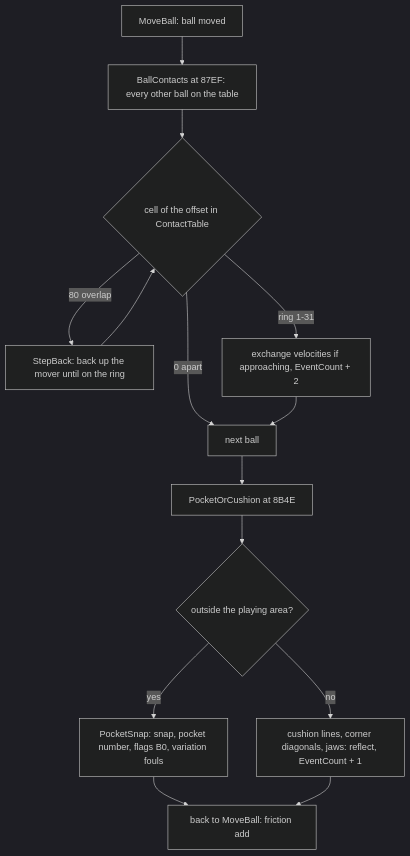
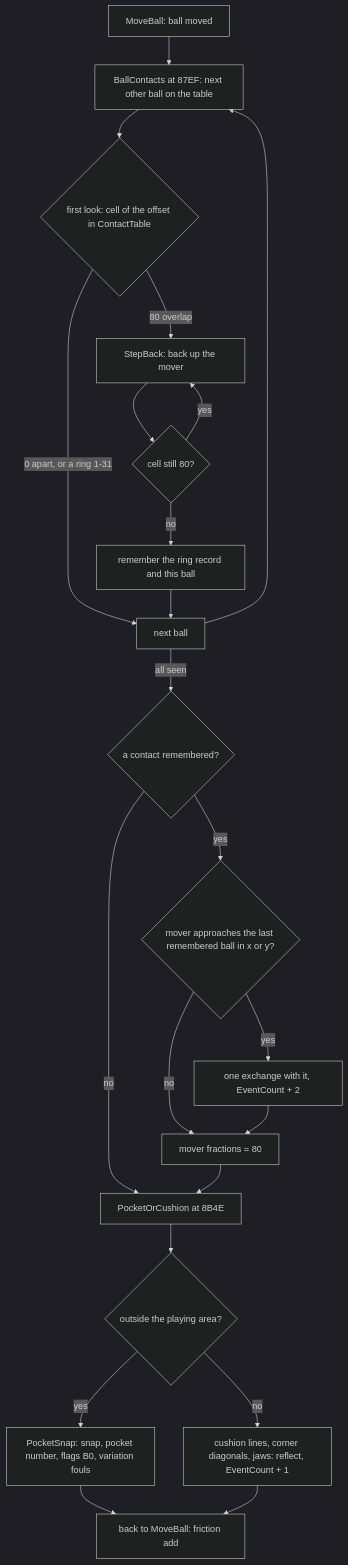
One commit to alfishe/unrealng-reverse-cases changed the fifth of 7 diagrams in games/video-pool/docs/07-objects.md. Above: the diagram before and after it, drawn with Mermaid (dark theme). The commit also changed other lines of this file and 51 other files, not shown here.

````diff
--- a/games/video-pool/docs/07-objects.md
+++ b/games/video-pool/docs/07-objects.md
@@ -408,16 +458,24 @@
 ```mermaid
 flowchart TD
-    A[MoveBall: ball moved] --> B[BallContacts at 87EF: every other ball on the table]
-    B --> C{cell of the offset in ContactTable}
-    C -- 80 overlap --> D[StepBack: back up the mover until on the ring]
-    D --> C
-    C -- ring 1-31 --> E[exchange velocities if approaching, EventCount + 2]
-    C -- 0 apart --> F[next ball]
-    E --> F
-    F --> G[PocketOrCushion at 8B4E]
+    A[MoveBall: ball moved] --> B[BallContacts at 87EF: next other ball on the table]
+    B --> C{first look: cell of the offset in ContactTable}
+    C -- 0 apart, or a ring 1-31 --> N[next ball]
+    C -- 80 overlap --> D[StepBack: back up the mover]
+    D --> D2{cell still 80?}
+    D2 -- yes --> D
+    D2 -- no --> R[remember the ring record and this ball]
+    R --> N
+    N --> B
+    N -- all seen --> E{a contact remembered?}
+    E -- no --> G
+    E -- yes --> X{mover approaches the last remembered ball in x or y?}
+    X -- yes --> Y[one exchange with it, EventCount + 2]
+    X -- no --> Z
+    Y --> Z[mover fractions = 80]
+    Z --> G[PocketOrCushion at 8B4E]
     G --> H{outside the playing area?}
     H -- yes --> I[PocketSnap: snap, pocket number, flags B0, variation fouls]
     H -- no --> J[cushion lines, corner diagonals, jaws: reflect, EventCount + 1]
     I --> K[back to MoveBall: friction add]
     J --> K
 ```
````
